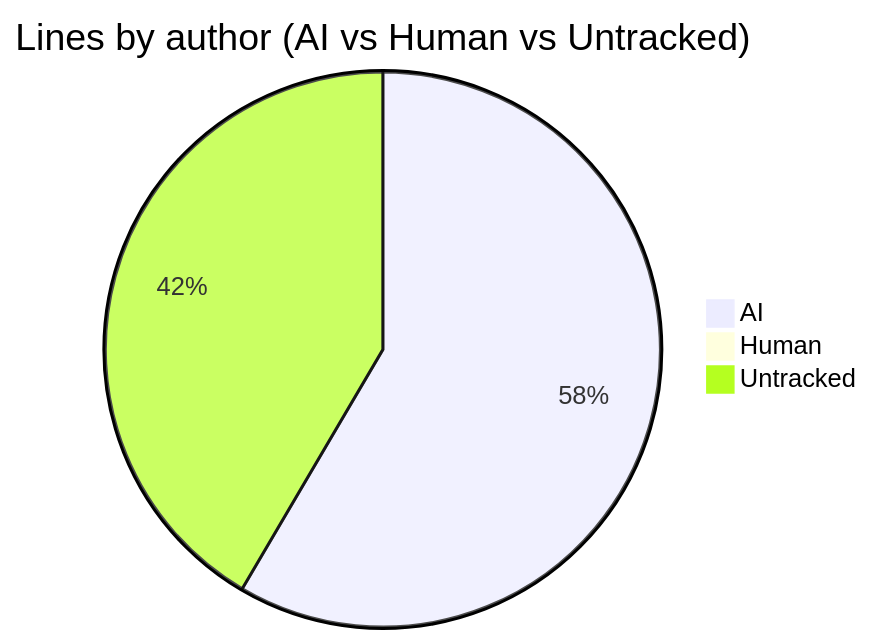
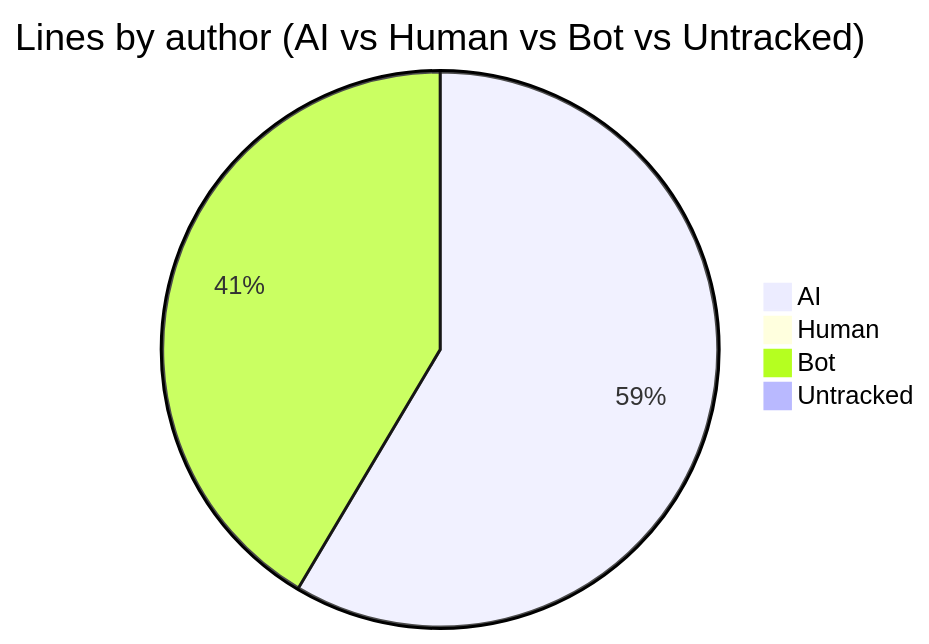
Before and after one commit to CaliMark/ai-authorship: the first of 2 diagrams in AI-AUTHORSHIP.md, drawn with Mermaid. The commit also changed other lines of this file and 2 other files, not shown here.

Commit message:
feat: label CI bot commits as a distinct 'bot' category in report (not untracked)

````diff
--- a/AI-AUTHORSHIP.md
+++ b/AI-AUTHORSHIP.md
@@ -19,6 +20,7 @@
 ```mermaid
-pie title Lines by author (AI vs Human vs Untracked)
+pie title Lines by author (AI vs Human vs Bot vs Untracked)
     "AI" : 2291
     "Human" : 0
-    "Untracked" : 1628
+    "Bot" : 1623
+    "Untracked" : 0
 ```
````
